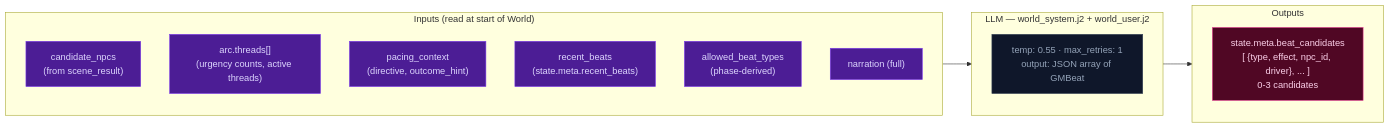
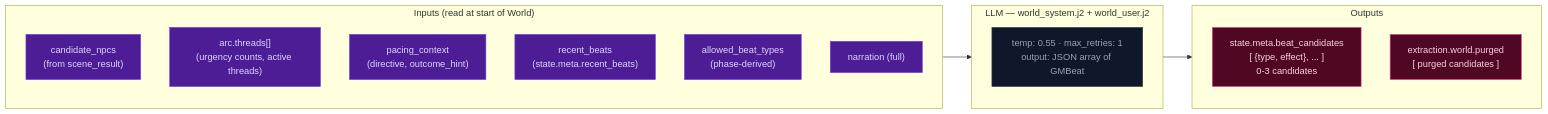
The diagram in docs/architecture/step2d-world.md (pww217/fablethread), drawn with Mermaid before and after one commit. The commit also changed other lines of this file and 115 other files, not shown here.

````diff
--- a/docs/architecture/step2d-world.md
+++ b/docs/architecture/step2d-world.md
@@ -13,25 +13,26 @@
 ```mermaid
 flowchart LR
     classDef llmNode fill:#0f172a,color:#94a3b8,stroke:#334155
     classDef xstream fill:#4c1d95,color:#ddd6fe,stroke:#7c3aed
     classDef outNode fill:#500724,color:#fbcfe8,stroke:#ec4899
 
     subgraph IN["Inputs (read at start of World)"]
         S1["candidate_npcs<br>(from scene_result)"]:::xstream
         S2["arc.threads[]<br>(urgency counts, active threads)"]:::xstream
         S3["pacing_context<br>(directive, outcome_hint)"]:::xstream
         S4["recent_beats<br>(state.meta.recent_beats)"]:::xstream
         S5["allowed_beat_types<br>(phase-derived)"]:::xstream
         S6["narration (full)"]:::xstream
     end
 
     subgraph LLM["LLM — world_system.j2 + world_user.j2"]
         WL["temp: 0.55 · max_retries: 1<br>output: JSON array of GMBeat"]:::llmNode
     end
 
     subgraph OUT["Outputs"]
-        O1["state.meta.beat_candidates<br>[ {type, effect, npc_id, driver}, ... ]<br>0-3 candidates"]:::outNode
+        O1["state.meta.beat_candidates<br>[ {type, effect}, ... ]<br>0-3 candidates"]:::outNode
+        O2["extraction.world.purged<br>[ purged candidates ]"]:::outNode
     end
 
     IN --> LLM --> OUT
 ```
````
